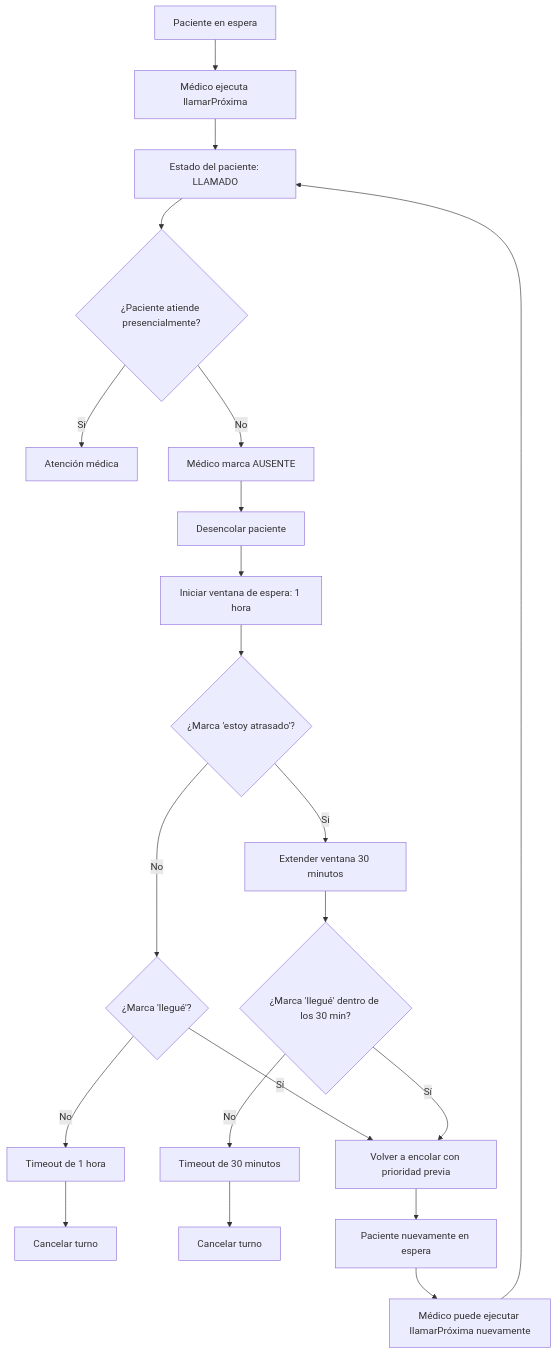
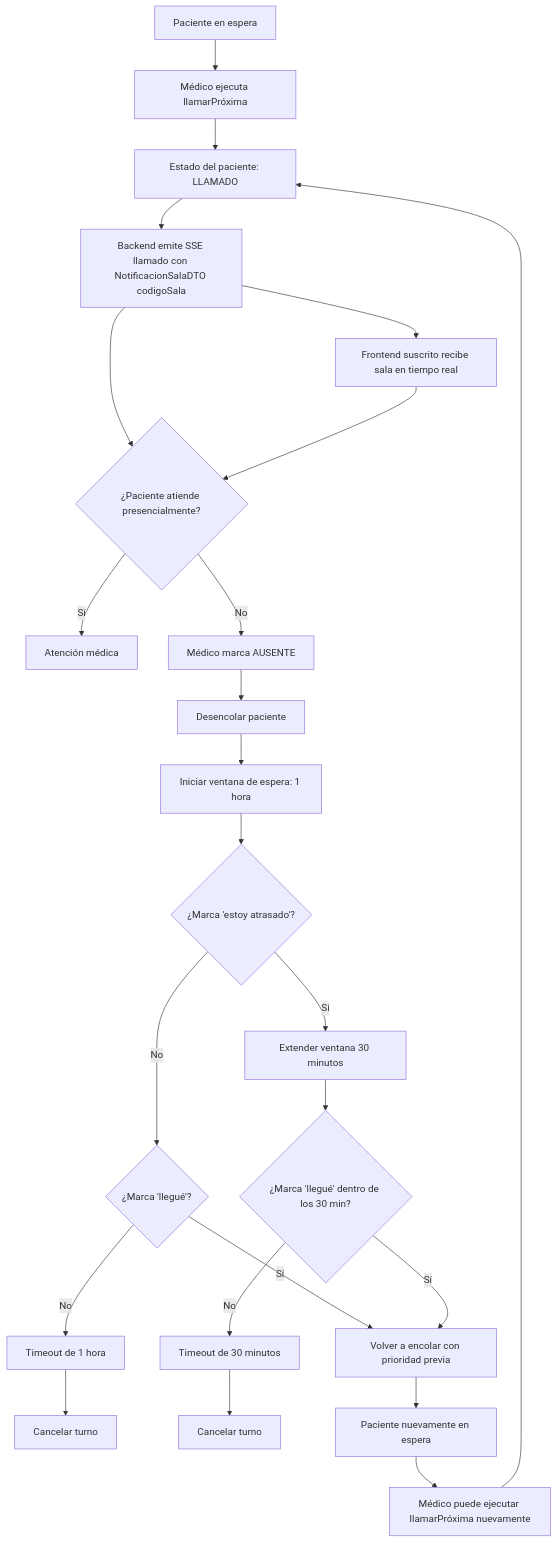
The fourth of 5 diagrams in docs/13-queue-flow.md (MatiasCanevaro/pretriage_backend), drawn with Mermaid before and after one commit. The commit also changed other lines of this file and 15 other files, not shown here.

Commit message:
implemento SSE para avisar al paciente que el medico lo esta llamdo en la sala correspondiente + tests + actualizo docs

````diff
--- a/docs/13-queue-flow.md
+++ b/docs/13-queue-flow.md
@@ -46,29 +46,32 @@
 ```mermaid
 flowchart TD
     A["Paciente en espera"] --> B["Médico ejecuta llamarPróxima"]
     B --> C["Estado del paciente: LLAMADO"]
-    C --> D{"¿Paciente atiende presencialmente?"}
+    C --> C1["Backend emite SSE llamado con NotificacionSalaDTO codigoSala"]
+    C1 --> D{"¿Paciente atiende presencialmente?"}
+    C1 --> C2["Frontend suscrito recibe sala en tiempo real"]
+    C2 --> D
 
     D -->|"Sí"| E["Atención médica"]
     D -->|"No"| F["Médico marca AUSENTE"]
 
     F --> G["Desencolar paciente"]
     G --> H["Iniciar ventana de espera: 1 hora"]
     H --> I{"¿Marca 'estoy atrasado'?"}
 
     I -->|"No"| J{"¿Marca 'llegué'?"}
     I -->|"Sí"| K["Extender ventana 30 minutos"]
 
     J -->|"Sí"| L["Volver a encolar con prioridad previa"]
     J -->|"No"| M["Timeout de 1 hora"]
     M --> N["Cancelar turno"]
 
     K --> O{"¿Marca 'llegué' dentro de los 30 min?"}
     O -->|"Sí"| L
     O -->|"No"| P["Timeout de 30 minutos"]
     P --> Q["Cancelar turno"]
 
     L --> R["Paciente nuevamente en espera"]
     R --> S["Médico puede ejecutar llamarPróxima nuevamente"]
     S --> C
 ```
````
